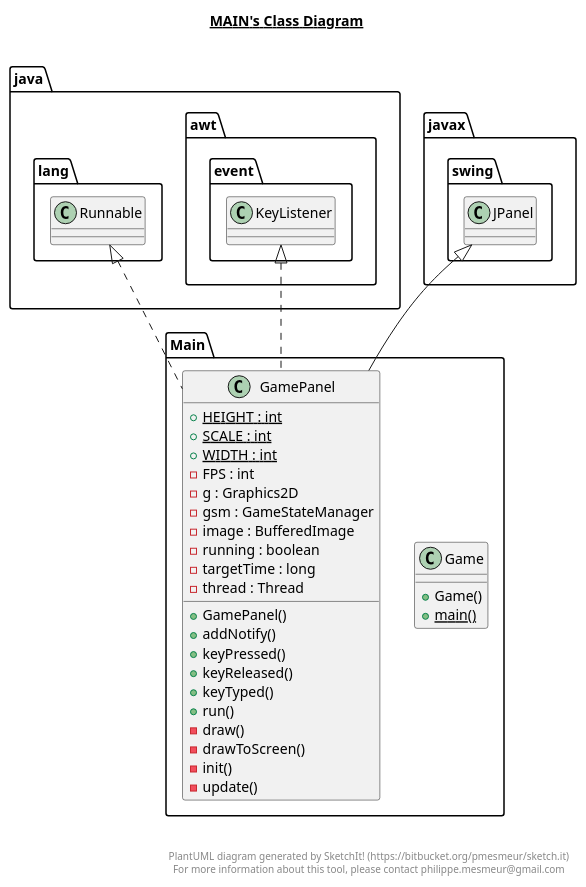
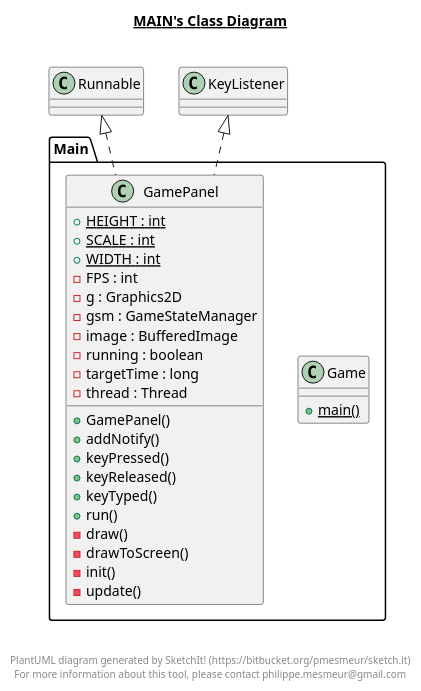
One commit to juliakoma/Java_VideoGame changed the diagram in Game/bin/Main/Main.plantuml. Above: the diagram before and after it, drawn with PlantUML. The commit also changed 8 other files, not shown here.

```diff
--- a/Game/bin/Main/Main.plantuml
+++ b/Game/bin/Main/Main.plantuml
@@ -1,51 +1,49 @@
 @startuml
 
 title __MAIN's Class Diagram__\n
 
   namespace Main {
     class Main.Game {
-        + Game()
         {static} + main()
     }
   }
   
 
   namespace Main {
     class Main.GamePanel {
         {static} + HEIGHT : int
         {static} + SCALE : int
         {static} + WIDTH : int
         - FPS : int
         - g : Graphics2D
         - gsm : GameStateManager
         - image : BufferedImage
         - running : boolean
         - targetTime : long
         - thread : Thread
         + GamePanel()
         + addNotify()
         + keyPressed()
         + keyReleased()
         + keyTyped()
         + run()
         - draw()
         - drawToScreen()
         - init()
         - update()
     }
   }
   
 
-  Main.GamePanel .up.|> java.awt.event.KeyListener
-  Main.GamePanel .up.|> java.lang.Runnable
-  Main.GamePanel -up-|> javax.swing.JPanel
+  Main.GamePanel .up.|> KeyListener
+  Main.GamePanel .up.|> Runnable
 
 
 right footer
 
 
 PlantUML diagram generated by SketchIt! (https://bitbucket.org/pmesmeur/sketch.it)
 For more information about this tool, please contact philippe.mesmeur@gmail.com
 endfooter
 
 @enduml
```
